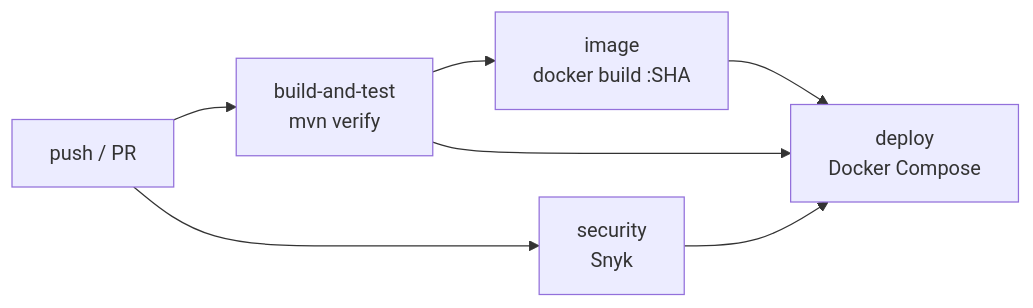
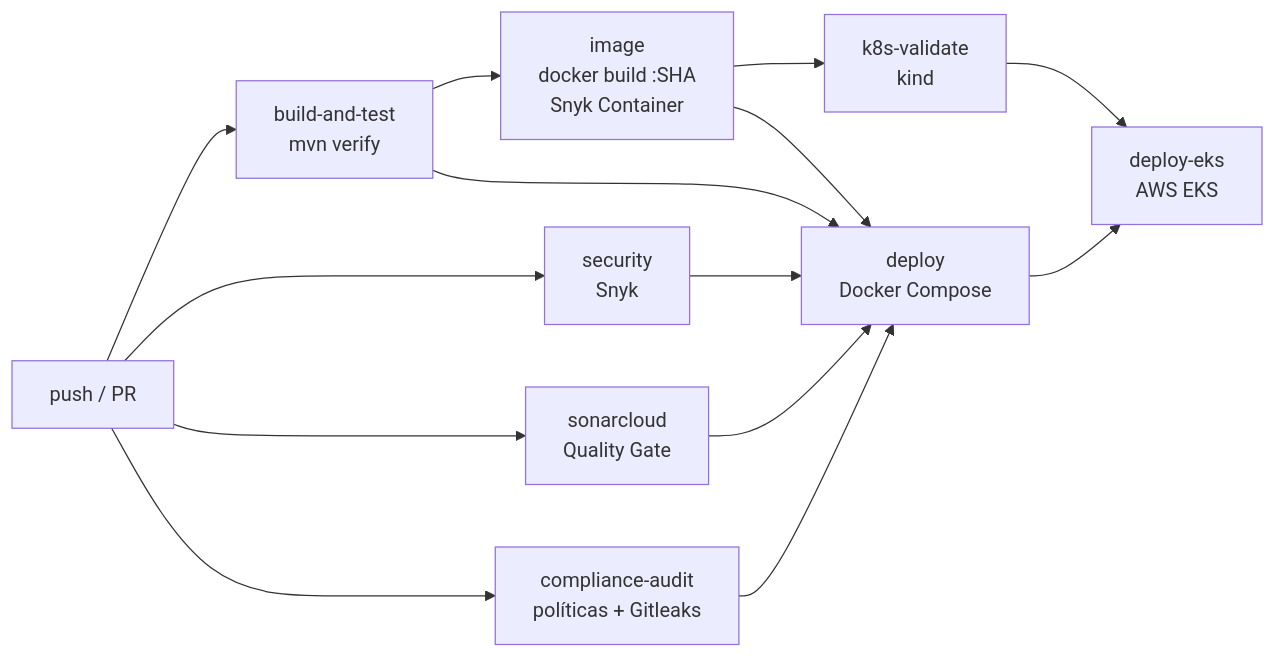
Before and after one commit to rocio-mino/LogiFast-Envios: the diagram in README.md, drawn with Mermaid. The commit also changed other lines of this file and 10 other files, not shown here.

Commit message:
docs(ep3): despliegue EKS, políticas de cumplimiento, bloqueo por seguridad e integración (IE2, IE4, IE5, IE6)

````diff
--- a/README.md
+++ b/README.md
@@ -344,9 +348,11 @@
 ```mermaid
 flowchart LR
     A[push / PR] --> B[build-and-test<br/>mvn verify]
     A --> C[security<br/>Snyk]
-    B --> D[image<br/>docker build :SHA]
-    B --> E
-    C --> E
-    D --> E[deploy<br/>Docker Compose]
+    A --> S[sonarcloud<br/>Quality Gate]
+    A --> Q[compliance-audit<br/>políticas + Gitleaks]
+    B --> D[image<br/>docker build :SHA<br/>Snyk Container]
+    D --> K[k8s-validate<br/>kind]
+    B & C & S & Q & D --> E[deploy<br/>Docker Compose]
+    E & K --> X[deploy-eks<br/>AWS EKS]
 ```
````
